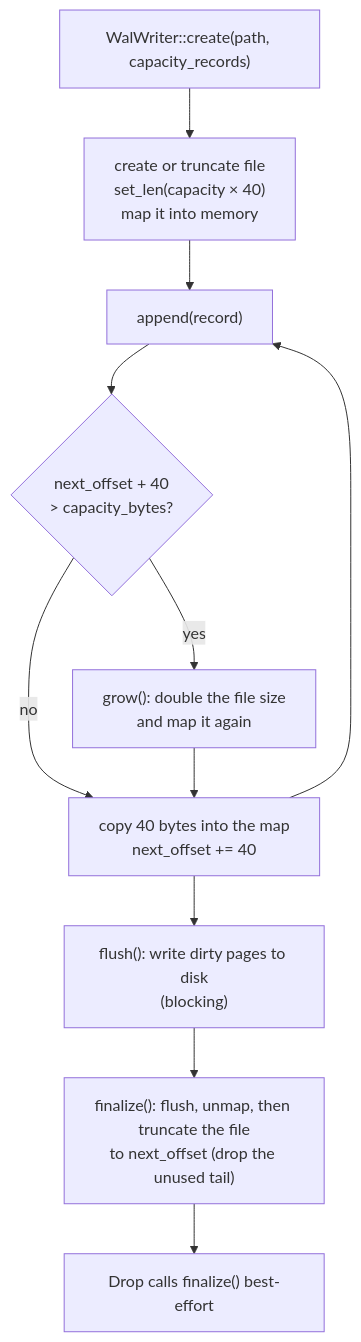
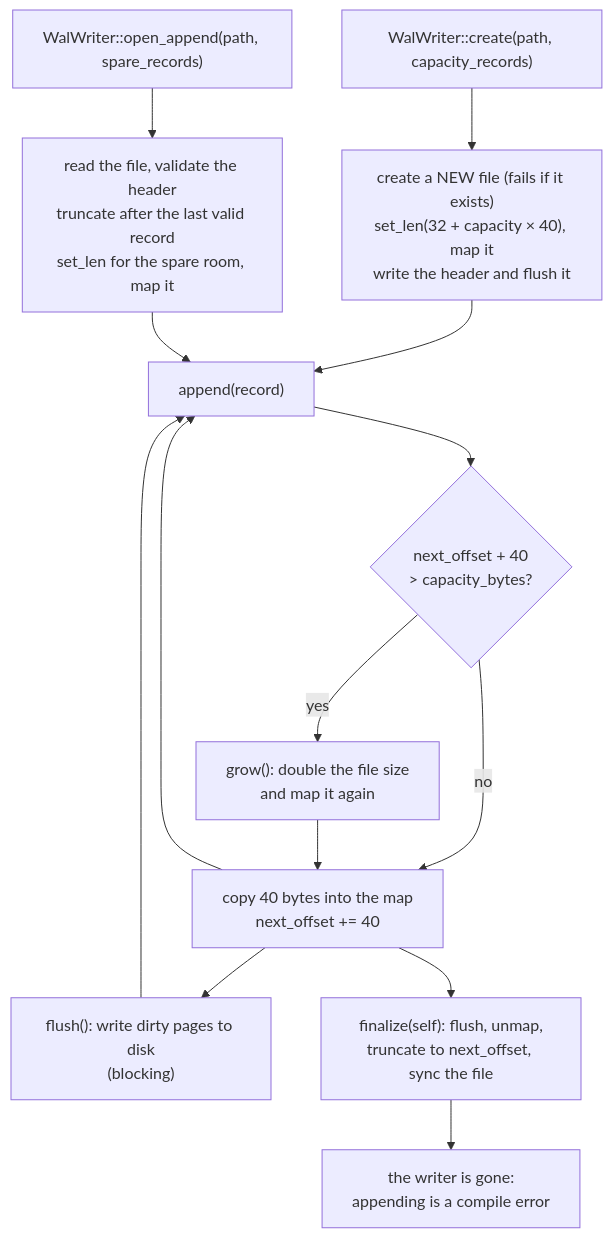
The second of 2 diagrams in docs/08-ringbuffer-and-wal.md (daohainam/rust-matching-engine), drawn with Mermaid before and after one commit. The commit also changed other lines of this file, not shown here.

````diff
--- a/docs/08-ringbuffer-and-wal.md
+++ b/docs/08-ringbuffer-and-wal.md
@@ -407,13 +447,16 @@
 ```mermaid
 flowchart TD
-    A["WalWriter::create(path, capacity_records)"] --> B["create or truncate file<br/>set_len(capacity × 40)<br/>map it into memory"]
+    A["WalWriter::create(path, capacity_records)"] --> B["create a NEW file (fails if it exists)<br/>set_len(32 + capacity × 40), map it<br/>write the header and flush it"]
+    O["WalWriter::open_append(path, spare_records)"] --> P["read the file, validate the header<br/>truncate after the last valid record<br/>set_len for the spare room, map it"]
     B --> C["append(record)"]
+    P --> C
     C --> D{"next_offset + 40<br/>> capacity_bytes?"}
     D -- no --> E["copy 40 bytes into the map<br/>next_offset += 40"]
     D -- yes --> F["grow(): double the file size<br/>and map it again"]
     F --> E
     E --> C
     E --> G["flush(): write dirty pages to disk<br/>(blocking)"]
-    G --> H["finalize(): flush, unmap, then truncate the file<br/>to next_offset (drop the unused tail)"]
-    H --> I["Drop calls finalize() best-effort"]
+    G --> C
+    E --> H["finalize(self): flush, unmap,<br/>truncate to next_offset, sync the file"]
+    H --> I["the writer is gone:<br/>appending is a compile error"]
 ```
````
